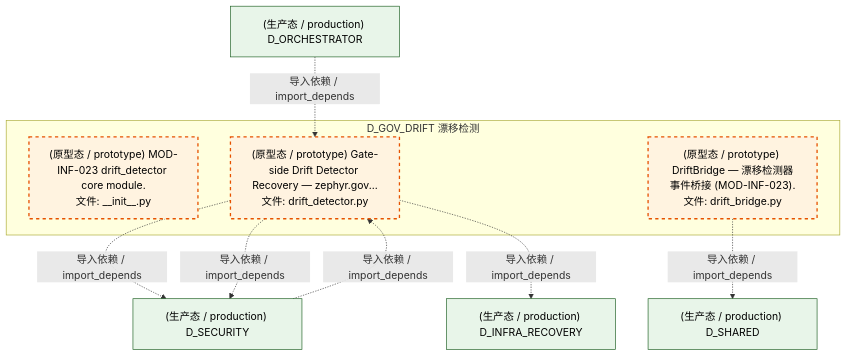
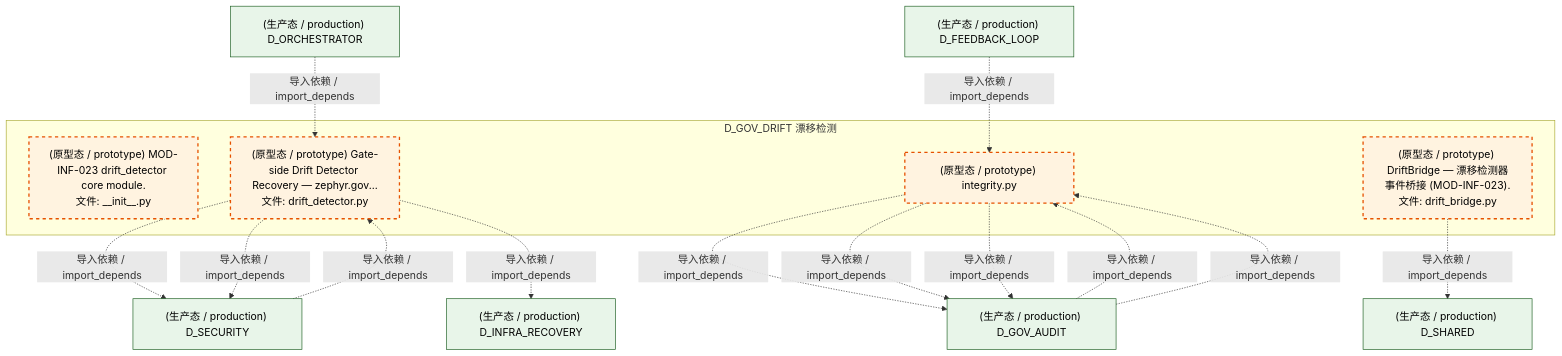
The sixth of 7 diagrams in docs/02_enterprise_architecture/02_domain_architecture_docs/41_d_gov_drift.md (xuanFelixVan/ZephyrAlpha), drawn with Mermaid before and after one commit. The commit also changed other lines of this file and 111 other files, not shown here.

````diff
--- a/docs/02_enterprise_architecture/02_domain_architecture_docs/41_d_gov_drift.md
+++ b/docs/02_enterprise_architecture/02_domain_architecture_docs/41_d_gov_drift.md
@@ -567,24 +565,33 @@
 ```mermaid
 graph TD
     subgraph D_GOV_DRIFT["D_GOV_DRIFT 漂移检测"]
         src_zephyr_gov_drift_detector_core_init_py["(原型态 / prototype) MOD-INF-023 drift_detector core module.<br/>文件: __init__.py"]
         src_zephyr_gov_drift_detector_core_bridges_drift_bridge_py["(原型态 / prototype) DriftBridge — 漂移检测器事件桥接 (MOD-INF-023).<br/>文件: drift_bridge.py"]
         src_zephyr_gov_enforcement_rule_enforcement_drift_detector_py["(原型态 / prototype) Gate-side Drift Detector Recovery — zephyr.gov...<br/>文件: drift_detector.py"]
+        src_zephyr_governance_integrity_py["(原型态 / prototype) integrity.py"]
     end
     D_SHARED["(生产态 / production) D_SHARED"]
     src_zephyr_gov_drift_detector_core_bridges_drift_bridge_py -.->|导入依赖 / import_depends| D_SHARED
     D_SECURITY["(生产态 / production) D_SECURITY"]
     src_zephyr_gov_enforcement_rule_enforcement_drift_detector_py -.->|导入依赖 / import_depends| D_SECURITY
     D_INFRA_RECOVERY["(生产态 / production) D_INFRA_RECOVERY"]
     src_zephyr_gov_enforcement_rule_enforcement_drift_detector_py -.->|导入依赖 / import_depends| D_INFRA_RECOVERY
     src_zephyr_gov_enforcement_rule_enforcement_drift_detector_py -.->|导入依赖 / import_depends| D_SECURITY
+    D_GOV_AUDIT["(生产态 / production) D_GOV_AUDIT"]
+    src_zephyr_governance_integrity_py -.->|导入依赖 / import_depends| D_GOV_AUDIT
+    src_zephyr_governance_integrity_py -.->|导入依赖 / import_depends| D_GOV_AUDIT
+    src_zephyr_governance_integrity_py -.->|导入依赖 / import_depends| D_GOV_AUDIT
     D_ORCHESTRATOR["(生产态 / production) D_ORCHESTRATOR"]
     D_ORCHESTRATOR -.->|导入依赖 / import_depends| src_zephyr_gov_enforcement_rule_enforcement_drift_detector_py
+    D_FEEDBACK_LOOP["(生产态 / production) D_FEEDBACK_LOOP"]
+    D_FEEDBACK_LOOP -.->|导入依赖 / import_depends| src_zephyr_governance_integrity_py
     D_SECURITY -.->|导入依赖 / import_depends| src_zephyr_gov_enforcement_rule_enforcement_drift_detector_py
+    D_GOV_AUDIT -.->|导入依赖 / import_depends| src_zephyr_governance_integrity_py
+    D_GOV_AUDIT -.->|导入依赖 / import_depends| src_zephyr_governance_integrity_py
     classDef production fill:#e1f5fe,stroke:#01579b,stroke-width:2px,color:#000
     classDef design fill:#fff3e0,stroke:#e65100,stroke-width:2px,color:#000,stroke-dasharray: 5 5
     classDef external_prod fill:#e8f5e9,stroke:#1b5e20,stroke-width:1px,color:#000
     classDef external_design fill:#fce4ec,stroke:#880e4f,stroke-width:1px,color:#000,stroke-dasharray: 5 5
-    class src_zephyr_gov_drift_detector_core_init_py,src_zephyr_gov_drift_detector_core_bridges_drift_bridge_py,src_zephyr_gov_enforcement_rule_enforcement_drift_detector_py design
-    class D_SHARED,D_SECURITY,D_INFRA_RECOVERY,D_ORCHESTRATOR external_prod
+    class src_zephyr_gov_drift_detector_core_init_py,src_zephyr_gov_drift_detector_core_bridges_drift_bridge_py,src_zephyr_gov_enforcement_rule_enforcement_drift_detector_py,src_zephyr_governance_integrity_py design
+    class D_SHARED,D_SECURITY,D_INFRA_RECOVERY,D_GOV_AUDIT,D_ORCHESTRATOR,D_FEEDBACK_LOOP external_prod
 ```
````
